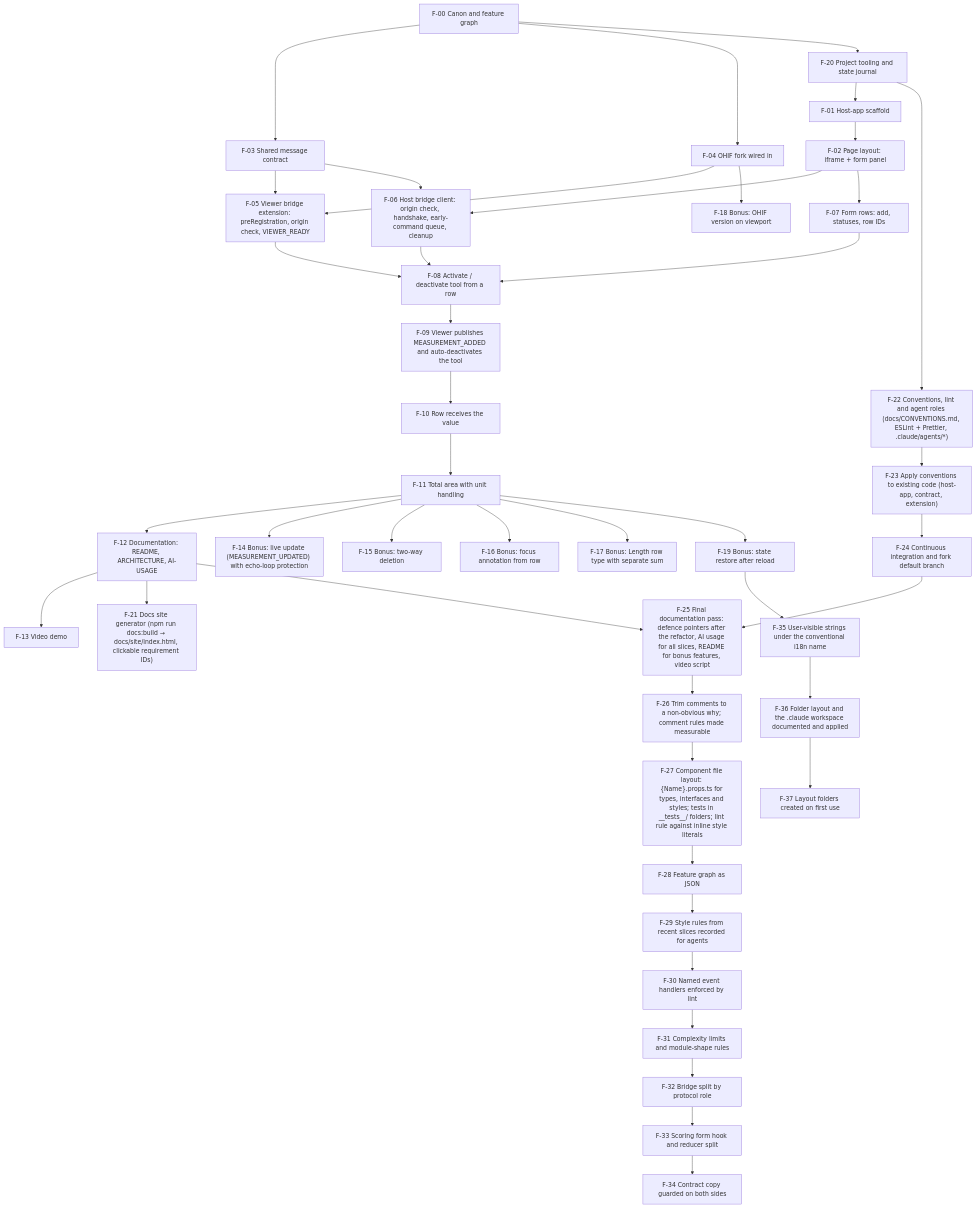
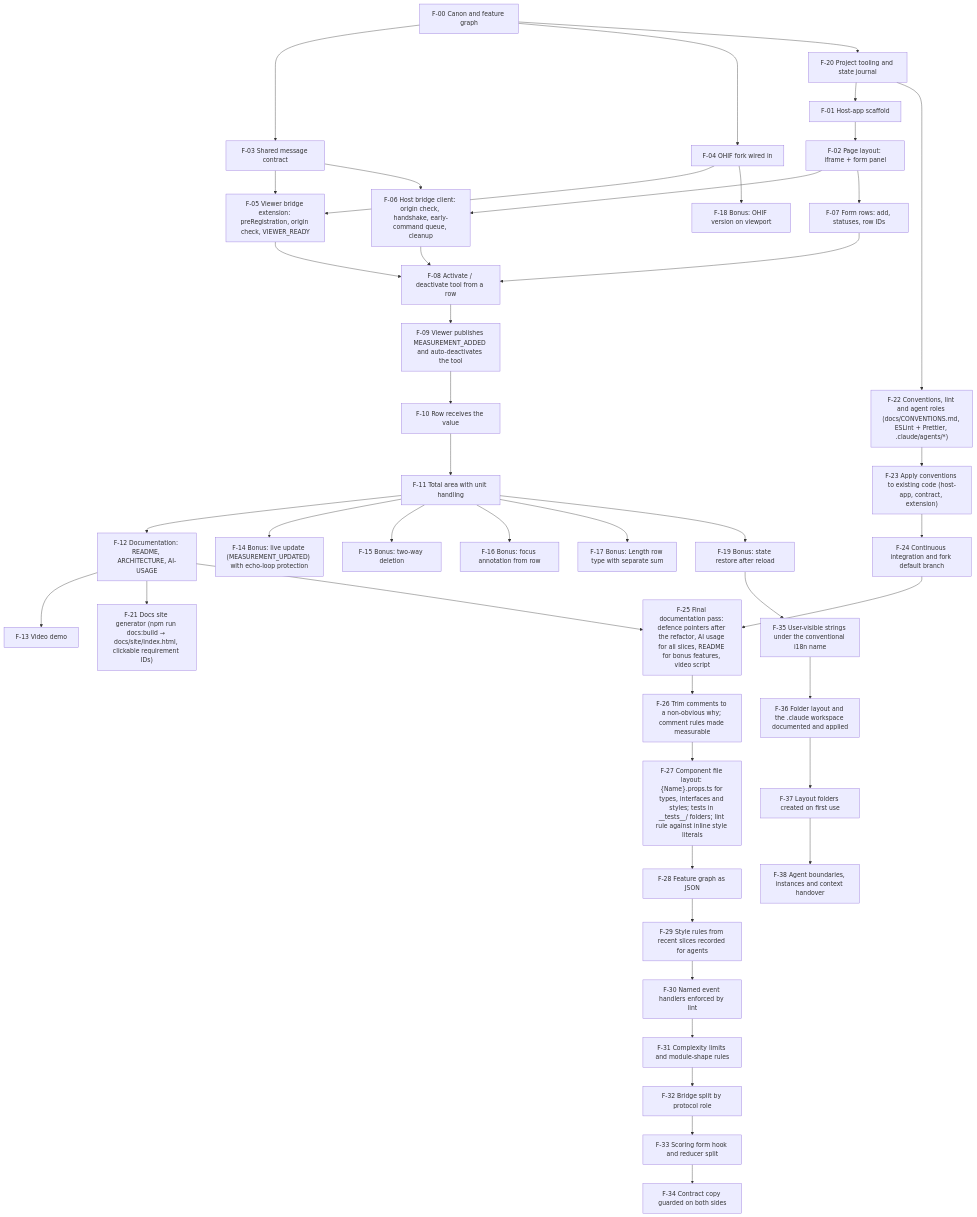
The diagram in docs/FEATURE-GRAPH.md (bdiadiun/artifact-synchronization), drawn with Mermaid before and after one commit. The commit also changed other lines of this file and 12 other files, not shown here.

Commit message:
chore: agent boundaries and handover skill

````diff
--- a/docs/FEATURE-GRAPH.md
+++ b/docs/FEATURE-GRAPH.md
@@ -132,6 +133,7 @@
   F35["F-35 User-visible strings under the conventional i18n name"]
   F36["F-36 Folder layout and the .claude workspace documented and applied"]
   F37["F-37 Layout folders created on first use"]
+  F38["F-38 Agent boundaries, instances and context handover"]
 
   F20 --> F01
   F01 --> F02
@@ -175,4 +177,5 @@
   F19 --> F35
   F35 --> F36
   F36 --> F37
+  F37 --> F38
 ```
````
